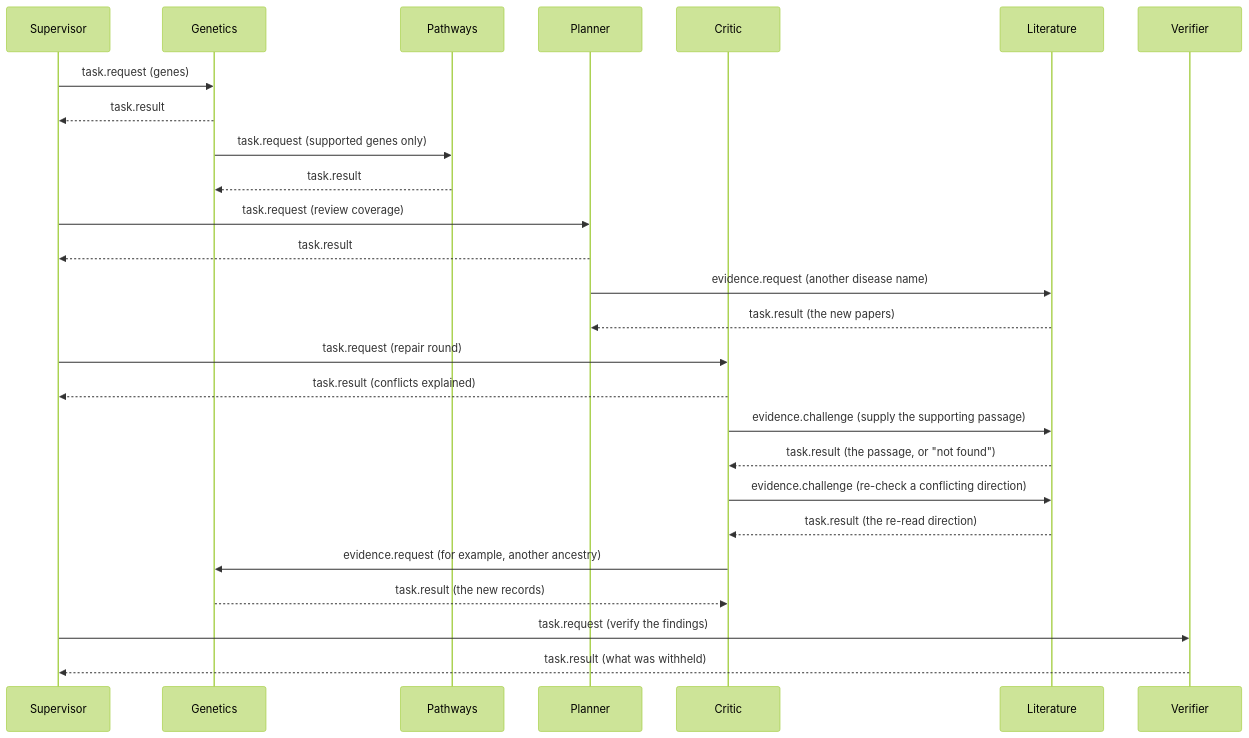
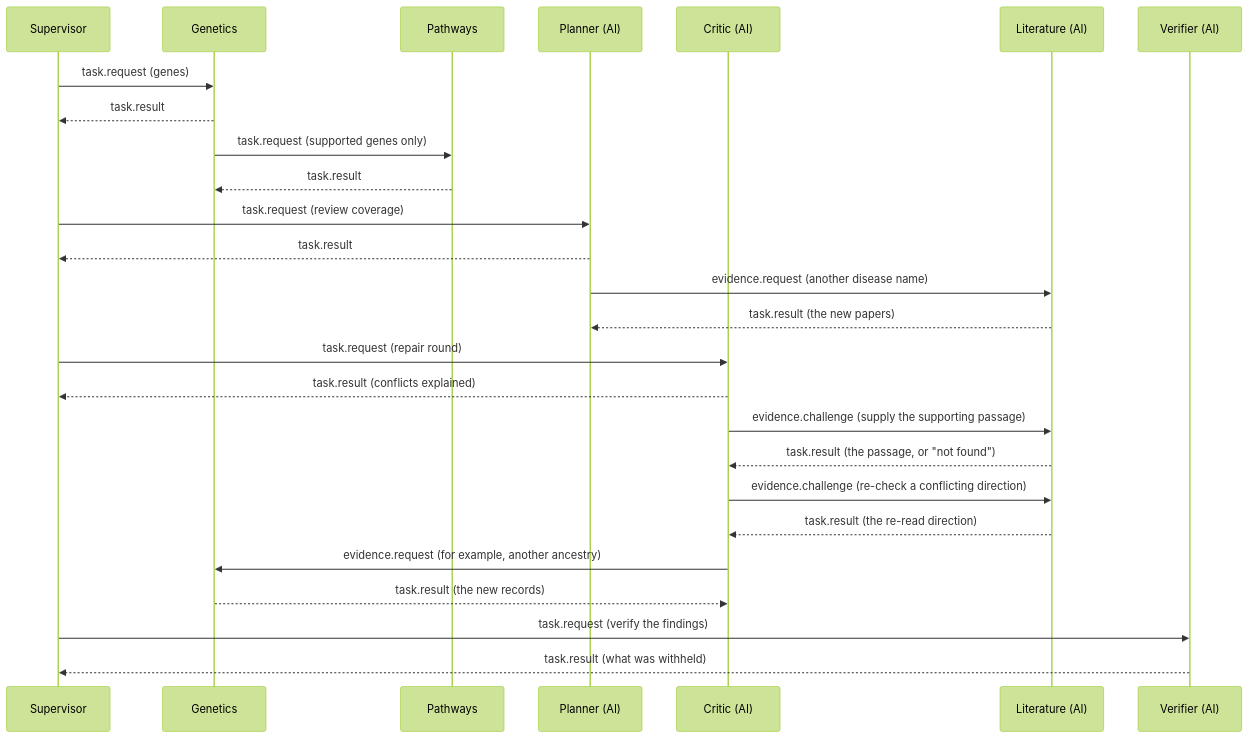
The third of 3 diagrams in README.md (Tevaalgorithms/BioNexus-AI), drawn with Mermaid (forest theme) before and after one commit. The commit also changed other lines of this file, not shown here.

Commit message:
README: flow diagram coloured by kind, a who-acts-at-each-step table, and a who-may-message-whom table

````diff
--- a/README.md
+++ b/README.md
@@ -168,28 +191,28 @@
 ```mermaid
 sequenceDiagram
     participant S as Supervisor
     participant G as Genetics
     participant P as Pathways
-    participant PL as Planner
-    participant C as Critic
-    participant L as Literature
-    participant V as Verifier
+    participant PL as Planner (AI)
+    participant C as Critic (AI)
+    participant L as Literature (AI)
+    participant V as Verifier (AI)
     S->>G: task.request (genes)
     G-->>S: task.result
     G->>P: task.request (supported genes only)
     P-->>G: task.result
     S->>PL: task.request (review coverage)
     PL-->>S: task.result
     PL->>L: evidence.request (another disease name)
     L-->>PL: task.result (the new papers)
     S->>C: task.request (repair round)
     C-->>S: task.result (conflicts explained)
     C->>L: evidence.challenge (supply the supporting passage)
     L-->>C: task.result (the passage, or "not found")
     C->>L: evidence.challenge (re-check a conflicting direction)
     L-->>C: task.result (the re-read direction)
     C->>G: evidence.request (for example, another ancestry)
     G-->>C: task.result (the new records)
     S->>V: task.request (verify the findings)
     V-->>S: task.result (what was withheld)
 ```
````
